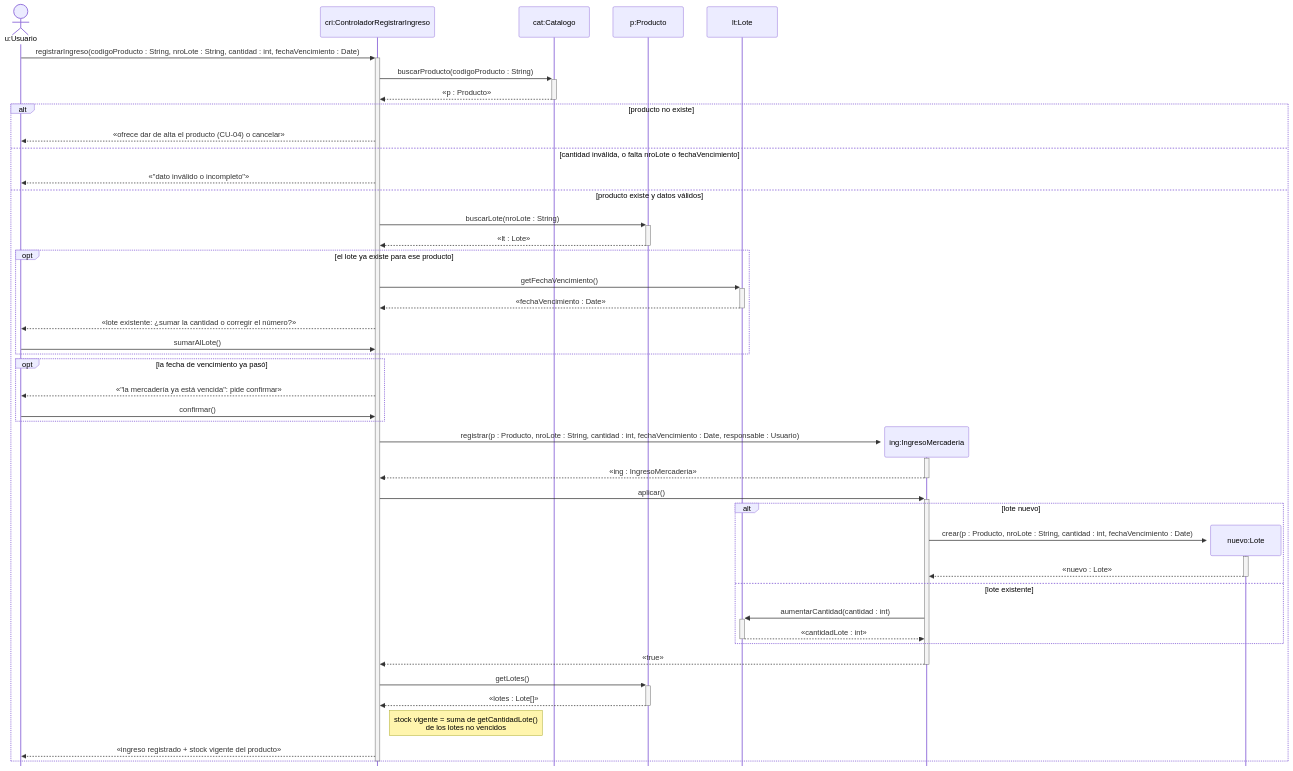
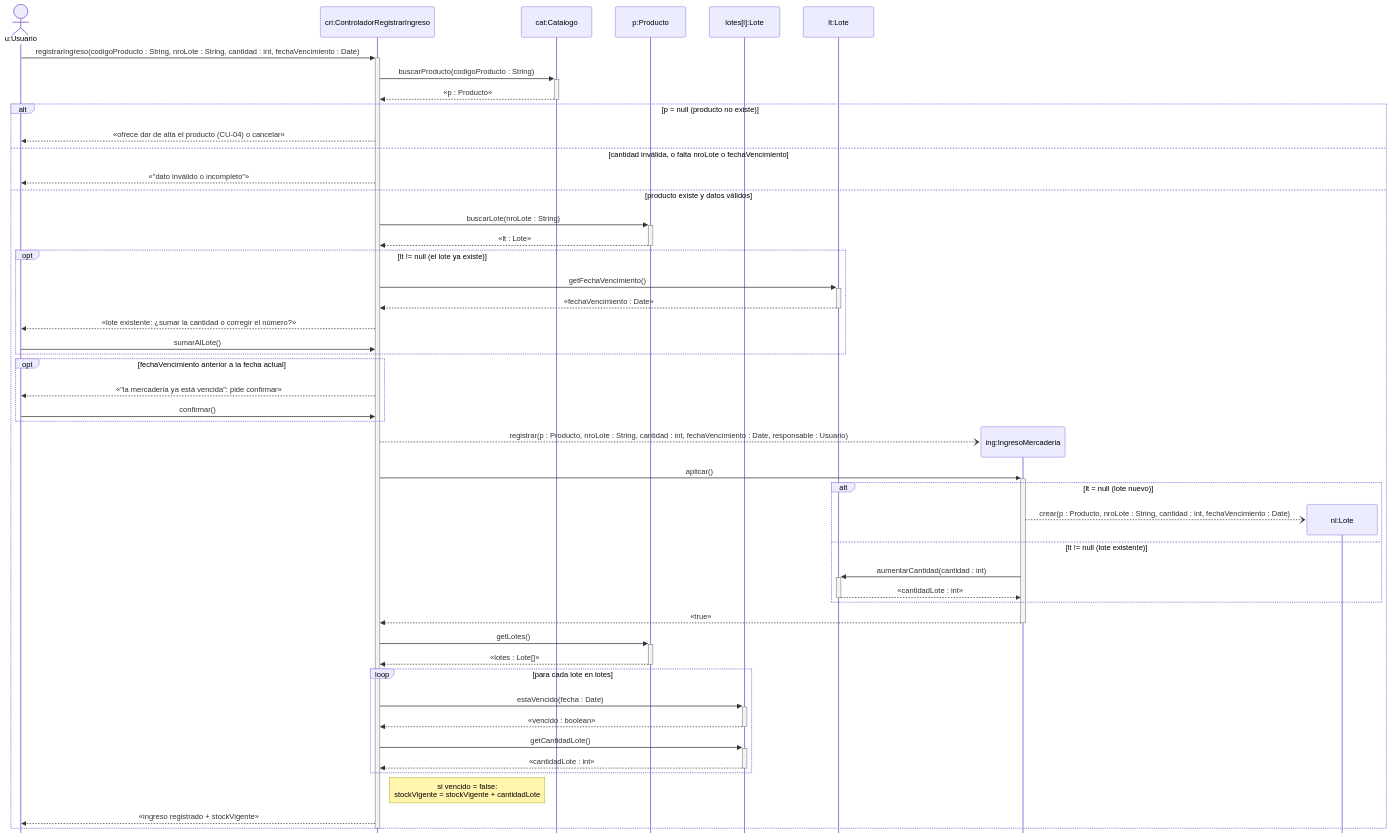
Before and after one commit to cirotop/Stock-Project: the eighth of 12 diagrams in 08-Diagrama De Secuencia/Diagramas_de_Secuencia.md, drawn with Mermaid. The commit also changed other lines of this file, not shown here.

````diff
--- a/08-Diagrama De Secuencia/Diagramas_de_Secuencia.md
+++ b/08-Diagrama De Secuencia/Diagramas_de_Secuencia.md
@@ -230,49 +261,54 @@
 ```mermaid
 %%{init: {"sequence": {"mirrorActors": false}, "themeCSS": ".loopLine { stroke-dasharray: none !important; stroke-width: 1.5px !important; }"}}%%
 sequenceDiagram
     actor u as u:Usuario
     participant cri as cri:ControladorRegistrarIngreso
     participant cat as cat:Catalogo
     participant p as p:Producto
+    participant li as lotes[i]:Lote
     participant lt as lt:Lote
 
     u->>+cri: registrarIngreso(codigoProducto : String, nroLote : String, cantidad : int, fechaVencimiento : Date)
     cri->>+cat: buscarProducto(codigoProducto : String)
     cat-->>-cri: «p : Producto»
-    alt producto no existe
+    alt p = null (producto no existe)
         cri-->>u: «ofrece dar de alta el producto (CU-04) o cancelar»
     else cantidad inválida, o falta nroLote o fechaVencimiento
         cri-->>u: «"dato inválido o incompleto"»
     else producto existe y datos válidos
         cri->>+p: buscarLote(nroLote : String)
         p-->>-cri: «lt : Lote»
-        opt el lote ya existe para ese producto
+        opt lt != null (el lote ya existe)
             cri->>+lt: getFechaVencimiento()
             lt-->>-cri: «fechaVencimiento : Date»
             cri-->>u: «lote existente: ¿sumar la cantidad o corregir el número?»
             u->>cri: sumarAlLote()
         end
-        opt la fecha de vencimiento ya pasó
+        opt fechaVencimiento anterior a la fecha actual
             cri-->>u: «"la mercadería ya está vencida": pide confirmar»
             u->>cri: confirmar()
         end
         create participant ing as ing:IngresoMercaderia
-        cri->>+ing: registrar(p : Producto, nroLote : String, cantidad : int, fechaVencimiento : Date, responsable : Usuario)
-        ing-->>-cri: «ing : IngresoMercaderia»
+        cri--)ing: registrar(p : Producto, nroLote : String, cantidad : int, fechaVencimiento : Date, responsable : Usuario)
         cri->>+ing: aplicar()
-        alt lote nuevo
-            create participant nl as nuevo:Lote
-            ing->>+nl: crear(p : Producto, nroLote : String, cantidad : int, fechaVencimiento : Date)
-            nl-->>-ing: «nuevo : Lote»
-        else lote existente
+        alt lt = null (lote nuevo)
+            create participant nl as nl:Lote
+            ing--)nl: crear(p : Producto, nroLote : String, cantidad : int, fechaVencimiento : Date)
+        else lt != null (lote existente)
             ing->>+lt: aumentarCantidad(cantidad : int)
             lt-->>-ing: «cantidadLote : int»
         end
         ing-->>-cri: «true»
         cri->>+p: getLotes()
         p-->>-cri: «lotes : Lote[]»
-        Note right of cri: stock vigente = suma de getCantidadLote()<br/>de los lotes no vencidos
-        cri-->>u: «ingreso registrado + stock vigente del producto»
+        loop para cada lote en lotes
+            cri->>+li: estaVencido(fecha : Date)
+            li-->>-cri: «vencido : boolean»
+            cri->>+li: getCantidadLote()
+            li-->>-cri: «cantidadLote : int»
+        end
+        Note right of cri: si vencido = false:<br/>stockVigente = stockVigente + cantidadLote
+        cri-->>u: «ingreso registrado + stockVigente»
     end
     deactivate cri
 ```
````
